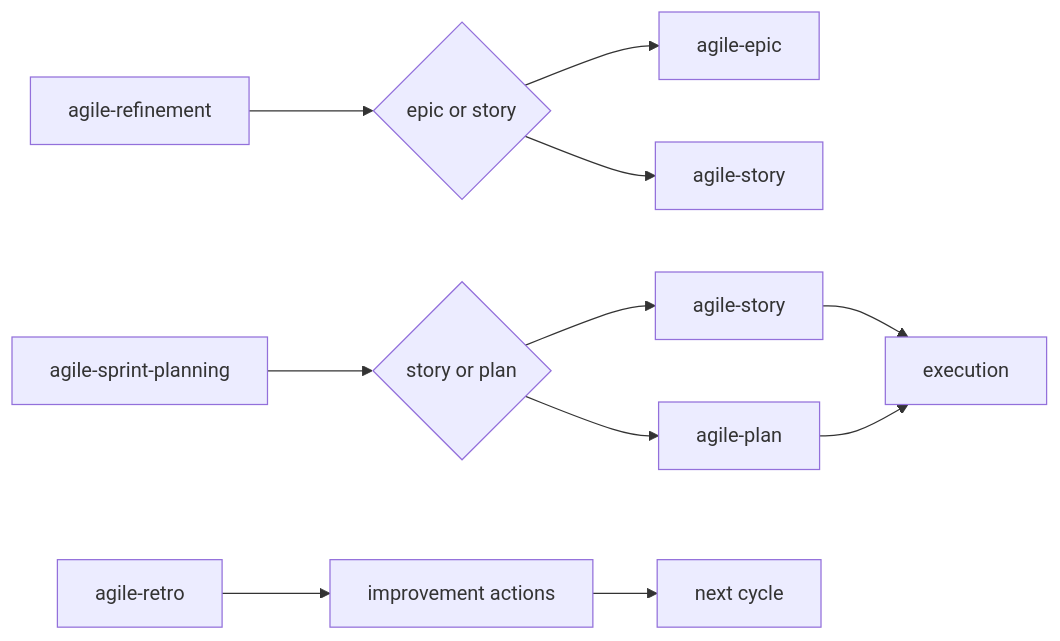
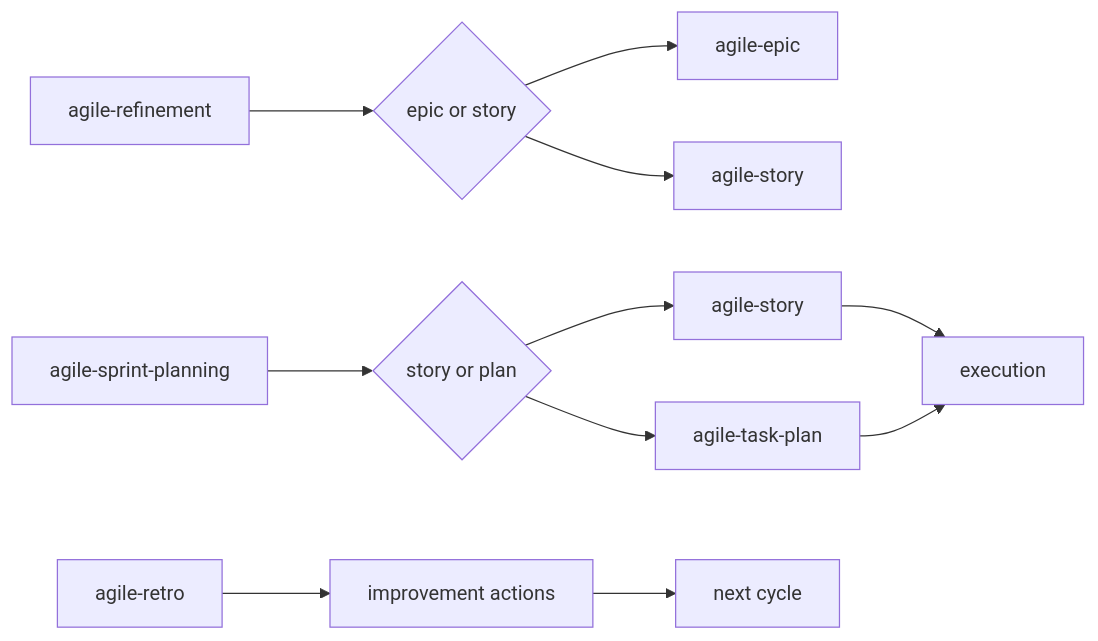
The diagram in skills/agile-ceremonies-router/README.md (djalmajr/essential-skills), drawn with Mermaid before and after one commit. The commit also changed 29 other files, not shown here.

First line of the commit message:
Rename agile-plan to agile-task-plan, remove all sizing codes

````diff
--- a/skills/agile-ceremonies-router/README.md
+++ b/skills/agile-ceremonies-router/README.md
@@ -73,13 +73,13 @@
 ```mermaid
 flowchart LR
     A[agile-refinement] --> B{epic or story}
     B --> C[agile-epic]
     B --> D[agile-story]
     E[agile-sprint-planning] --> F{story or plan}
     F --> G[agile-story]
-    F --> H[agile-plan]
+    F --> H[agile-task-plan]
     G --> I[execution]
     H --> I
     J[agile-retro] --> K[improvement actions]
     K --> L[next cycle]
 ```
````
